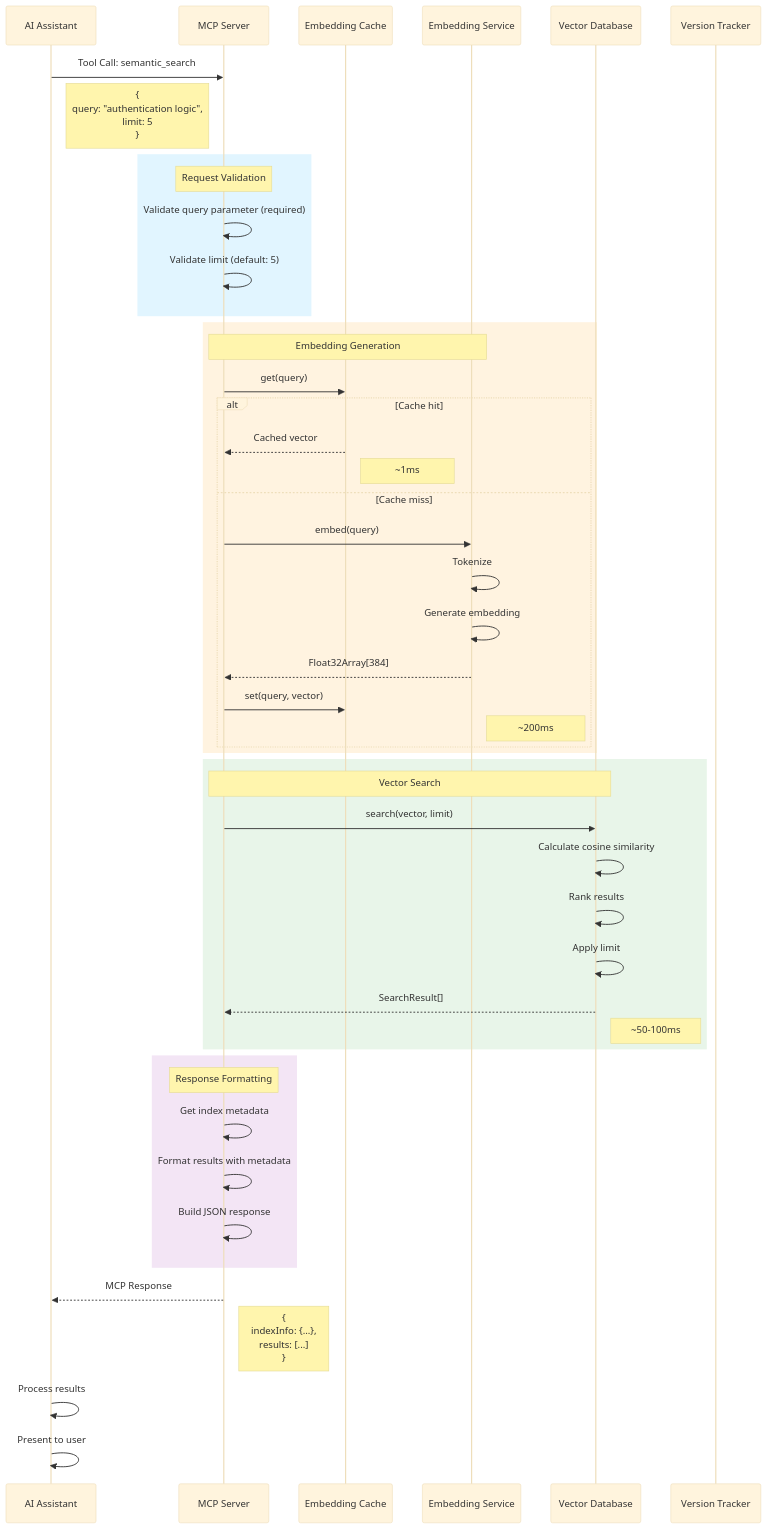
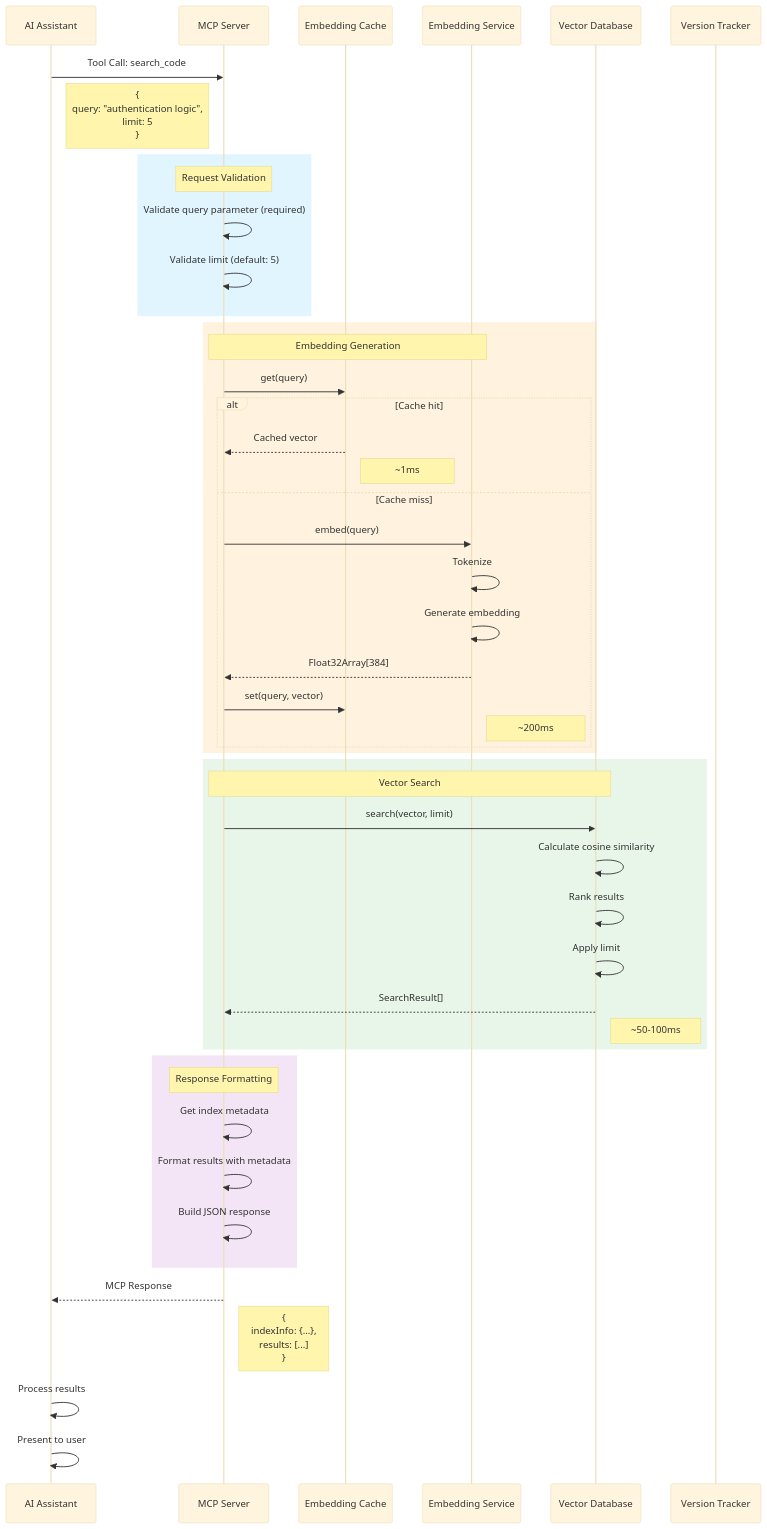
Before and after one commit to getlien/lien: the second of 6 diagrams in docs/architecture/mcp-server-flow.md, drawn with Mermaid (base theme). The commit also changed other lines of this file and 39 other files, not shown here.

First line of the commit message:
feat(mcp)!: rename semantic_search tool to search_code

````diff
--- a/docs/architecture/mcp-server-flow.md
+++ b/docs/architecture/mcp-server-flow.md
@@ -109,58 +109,58 @@
 ```mermaid
 sequenceDiagram
     participant AI as AI Assistant
     participant MCP as MCP Server
     participant Cache as Embedding Cache
     participant Embeddings as Embedding Service
     participant VectorDB as Vector Database
     participant Version as Version Tracker
     
-    AI->>MCP: Tool Call: semantic_search
+    AI->>MCP: Tool Call: search_code
     Note right of AI: {<br/>  query: "authentication logic",<br/>  limit: 5<br/>}
     
     rect rgb(225, 245, 255)
         Note over MCP: Request Validation
         MCP->>MCP: Validate query parameter (required)
         MCP->>MCP: Validate limit (default: 5)
     end
     
     rect rgb(255, 243, 224)
         Note over MCP,Embeddings: Embedding Generation
         MCP->>Cache: get(query)
         
         alt Cache hit
             Cache-->>MCP: Cached vector
             Note right of Cache: ~1ms
         else Cache miss
             MCP->>Embeddings: embed(query)
             Embeddings->>Embeddings: Tokenize
             Embeddings->>Embeddings: Generate embedding
             Embeddings-->>MCP: Float32Array[384]
             MCP->>Cache: set(query, vector)
             Note right of Embeddings: ~200ms
         end
     end
     
     rect rgb(232, 245, 233)
         Note over MCP,VectorDB: Vector Search
         MCP->>VectorDB: search(vector, limit)
         VectorDB->>VectorDB: Calculate cosine similarity
         VectorDB->>VectorDB: Rank results
         VectorDB->>VectorDB: Apply limit
         VectorDB-->>MCP: SearchResult[]
         Note right of VectorDB: ~50-100ms
     end
     
     rect rgb(243, 229, 245)
         Note over MCP: Response Formatting
         MCP->>MCP: Get index metadata
         MCP->>MCP: Format results with metadata
         MCP->>MCP: Build JSON response
     end
     
     MCP-->>AI: MCP Response
     Note right of MCP: {<br/>  indexInfo: {...},<br/>  results: [...]<br/>}
     
     AI->>AI: Process results
     AI->>AI: Present to user
 ```
````
